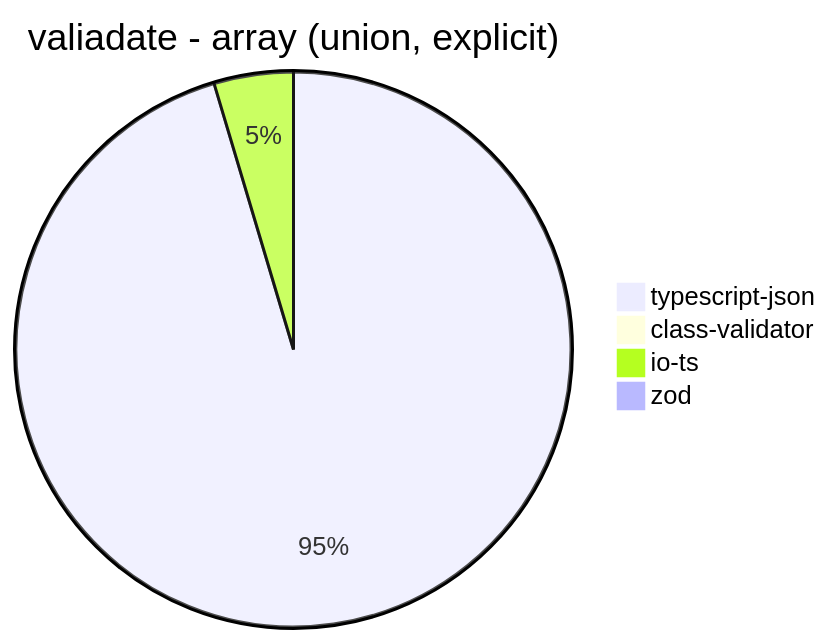
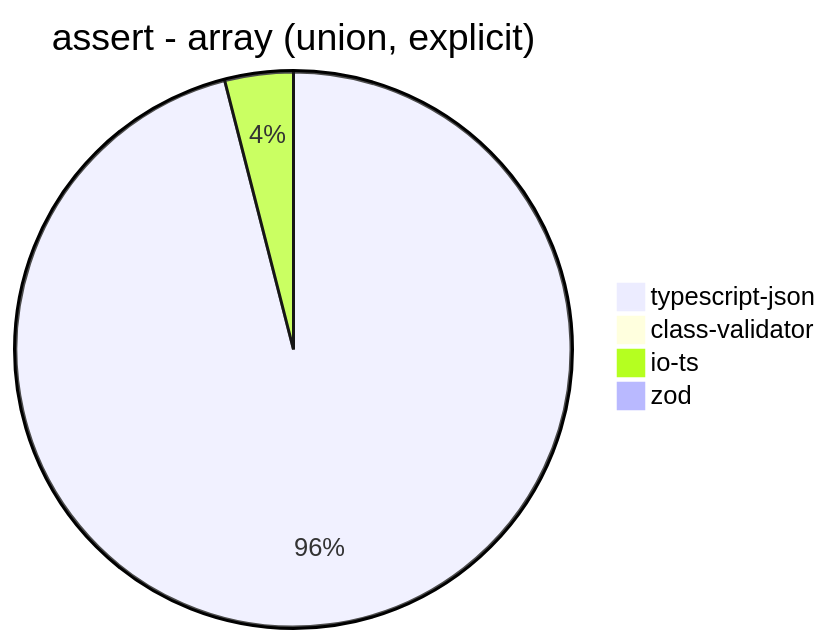
Before and after one commit to samchon/typia: diagram 14 of 40 in benchmark/results/AMD Ryzen 7 5800H with Radeon Graphics.md, drawn with Mermaid. The commit also changed other lines of this file and 4 other files, not shown here.

````diff
--- a/benchmark/results/AMD Ryzen 7 5800H with Radeon Graphics.md
+++ b/benchmark/results/AMD Ryzen 7 5800H with Radeon Graphics.md
@@ -163,7 +163,7 @@
 ```mermaid
-pie title valiadate - array (union, explicit)
-  "typescript-json": 1772.1720658523632
-  "class-validator": 6.827164929931729
-  "io-ts": 85.79234972677595
-  "zod": 2.8280542986425337
+pie title assert - array (union, explicit)
+  "typescript-json": 2133.600291226793
+  "class-validator": 6.933041415800036
+  "io-ts": 88.6122299523984
+  "zod": 2.9363185905670766
 ```
````
